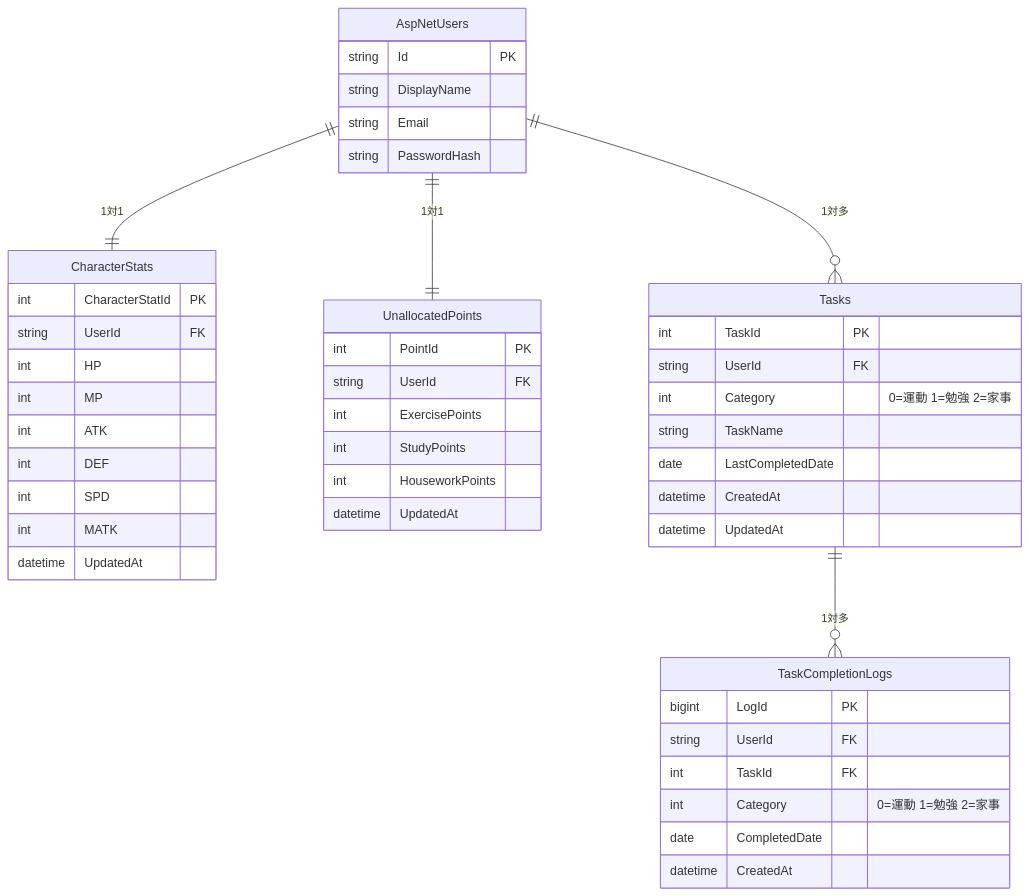
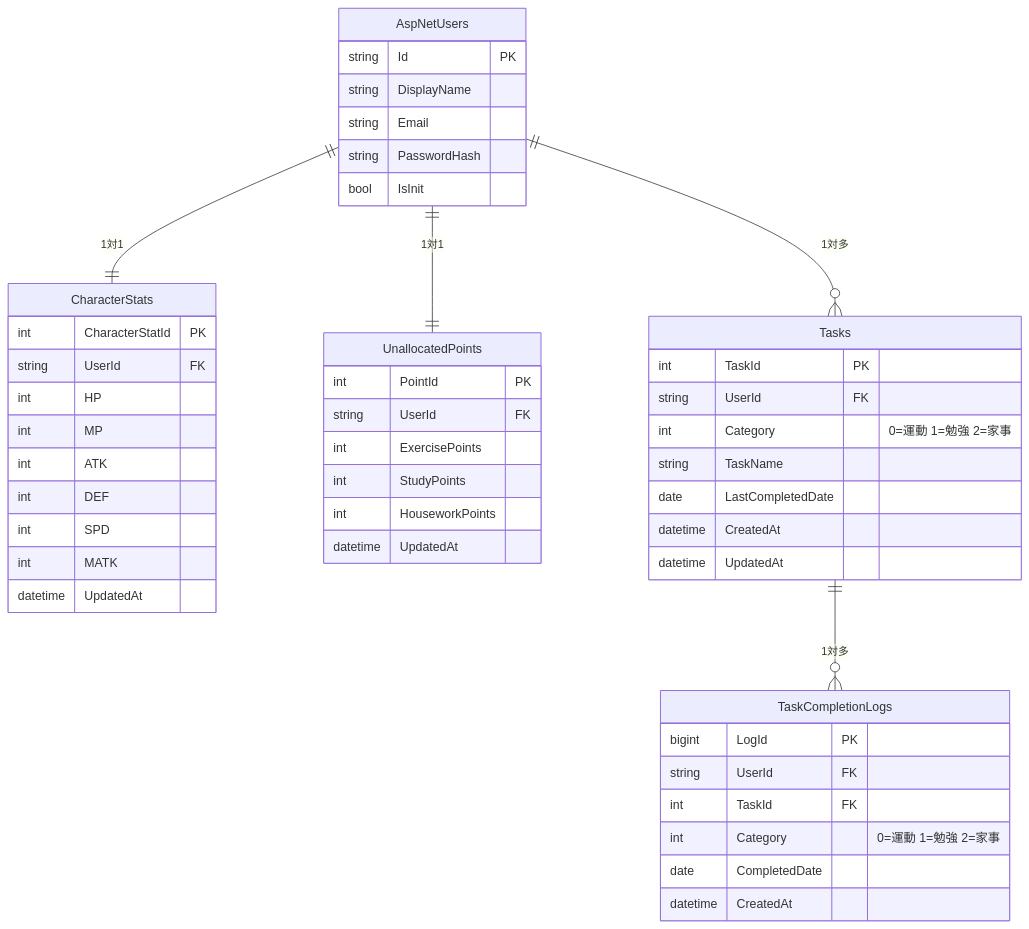
Before and after one commit to LightGive/simple-todo-web-app: the diagram in Documents/DB設計書.md, drawn with Mermaid. The commit also changed other lines of this file, not shown here.

````diff
--- a/Documents/DB設計書.md
+++ b/Documents/DB設計書.md
@@ -5,54 +5,55 @@
 ```mermaid
 erDiagram
     AspNetUsers ||--|| CharacterStats : "1対1"
     AspNetUsers ||--|| UnallocatedPoints : "1対1"
     AspNetUsers ||--o{ Tasks : "1対多"
     Tasks ||--o{ TaskCompletionLogs : "1対多"
 
     AspNetUsers {
         string Id PK
         string DisplayName
         string Email
         string PasswordHash
+        bool IsInit
     }
 
     Tasks {
         int TaskId PK
         string UserId FK
         int Category "0=運動 1=勉強 2=家事"
         string TaskName
         date LastCompletedDate
         datetime CreatedAt
         datetime UpdatedAt
     }
 
     TaskCompletionLogs {
         bigint LogId PK
         string UserId FK
         int TaskId FK
         int Category "0=運動 1=勉強 2=家事"
         date CompletedDate
         datetime CreatedAt
     }
 
     CharacterStats {
         int CharacterStatId PK
         string UserId FK
         int HP
         int MP
         int ATK
         int DEF
         int SPD
         int MATK
         datetime UpdatedAt
     }
 
     UnallocatedPoints {
         int PointId PK
         string UserId FK
         int ExercisePoints
         int StudyPoints
         int HouseworkPoints
         datetime UpdatedAt
     }
 ```
````
